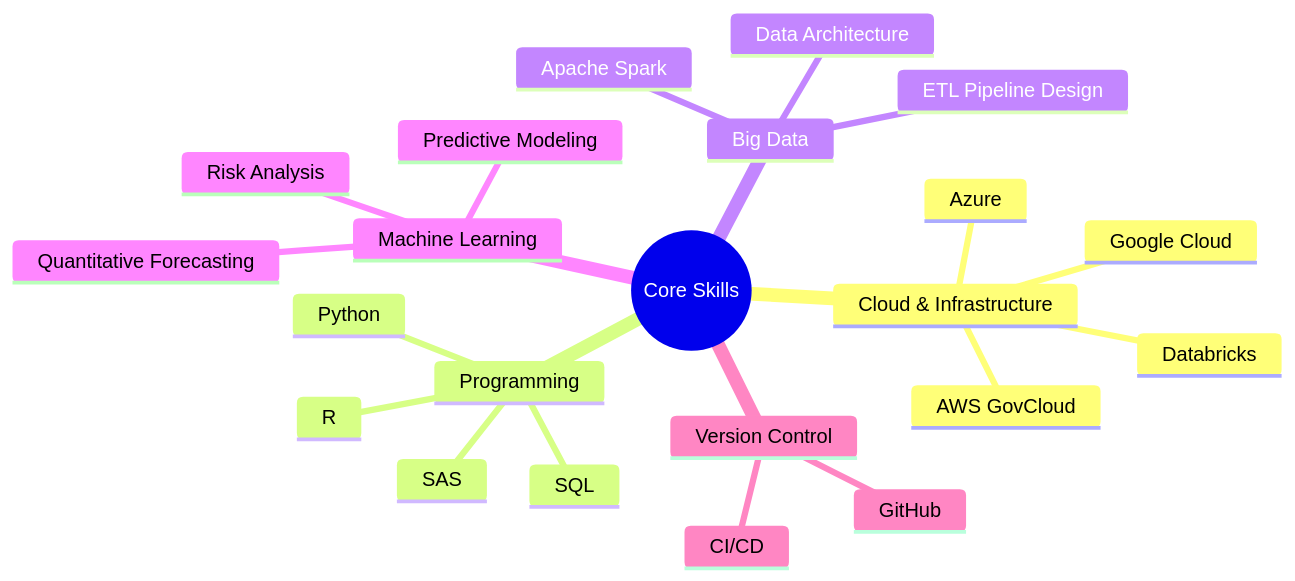
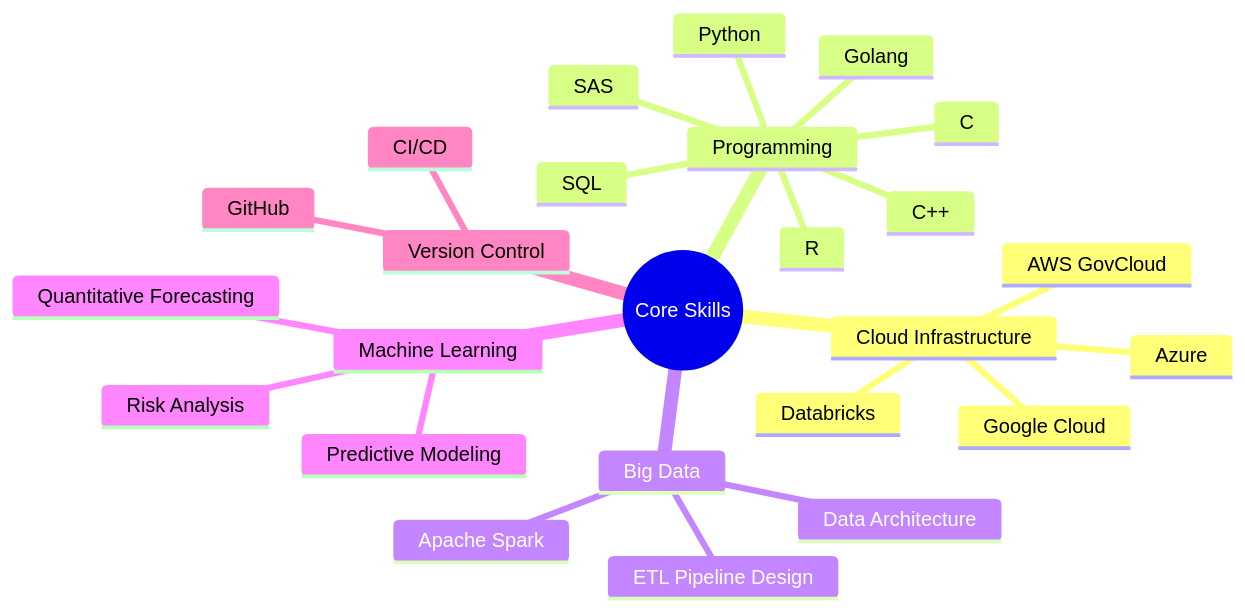
One commit to MatthewK84/MatthewK84 changed the diagram in README.md. Above: the diagram before and after it, drawn with Mermaid.

````diff
--- a/README.md
+++ b/README.md
@@ -39,25 +39,28 @@
 ```mermaid
 mindmap
   root((Core Skills))
-    Cloud & Infrastructure
+    Cloud Infrastructure
       AWS GovCloud
       Azure
       Google Cloud
       Databricks
     Programming
       Python
+      C
+      Golang
+      C++
       R
       SQL
       SAS
     Big Data
       Apache Spark
       Data Architecture
       ETL Pipeline Design
     Machine Learning
       Predictive Modeling
       Risk Analysis
       Quantitative Forecasting
     Version Control
       GitHub
       CI/CD
 ```
````
